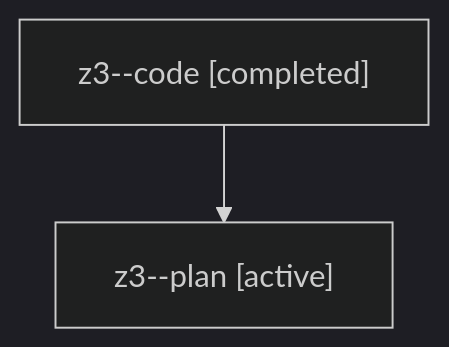
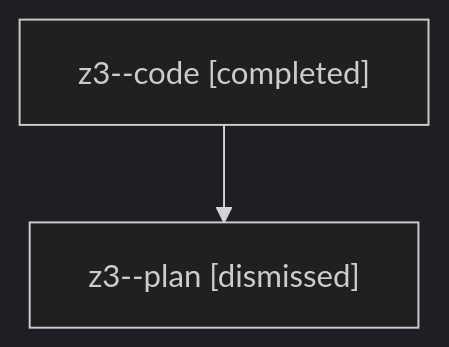
The diagram in sessions/bbugyi200.athena.z3.md (sase-org/sase--agents), drawn with Mermaid (dark theme) before and after one commit. The commit also changed other lines of this file and 35 other files, not shown here.

````diff
--- a/sessions/bbugyi200.athena.z3.md
+++ b/sessions/bbugyi200.athena.z3.md
@@ -9,6 +9,6 @@
 ```mermaid
 flowchart TD
   n0["z3--code [completed]"]
-  n1["z3--plan [active]"]
+  n1["z3--plan [dismissed]"]
   n0 --> n1
 ```
````
